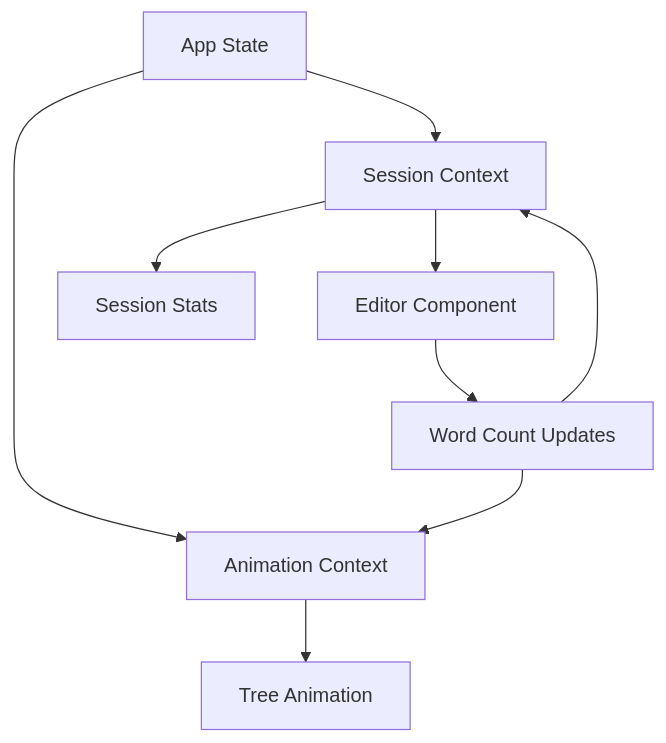
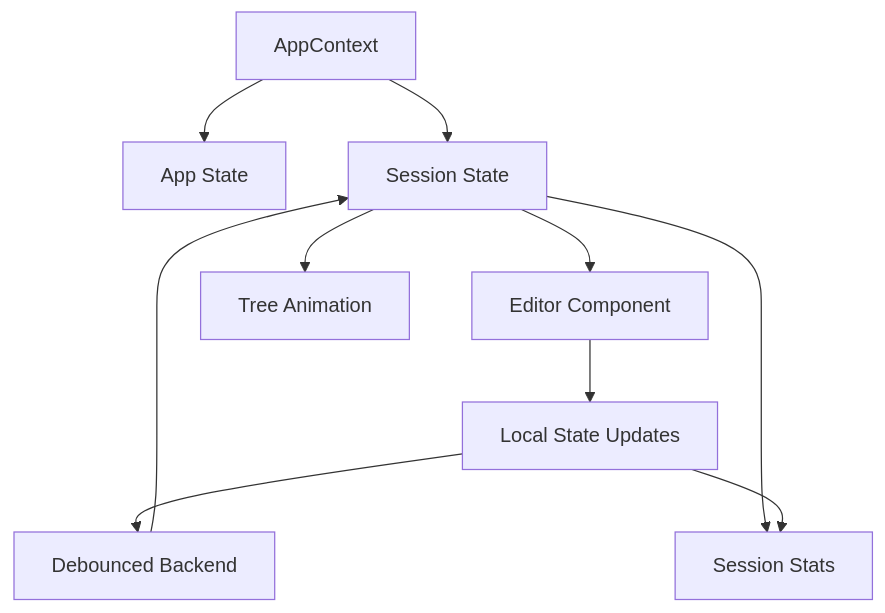
The third of 3 diagrams in docs/architecture/OVERVIEW.md (JoWilks25/Typing-Focus-App), drawn with Mermaid before and after one commit. The commit also changed other lines of this file and 59 other files, not shown here.

````diff
--- a/docs/architecture/OVERVIEW.md
+++ b/docs/architecture/OVERVIEW.md
@@ -176,11 +203,12 @@
 ```mermaid
 graph TD
-    A[App State] --> B[Session Context]
-    A --> C[Animation Context]
-    B --> D[Editor Component]
-    B --> E[Session Stats]
+    A[AppContext] --> B[App State]
+    A --> C[Session State]
+    C --> D[Editor Component]
+    C --> E[Session Stats]
     C --> F[Tree Animation]
-    D --> G[Word Count Updates]
-    G --> B
-    G --> C
+    D --> G[Local State Updates]
+    G --> H[Debounced Backend]
+    H --> C
+    G --> E
 ```
````
